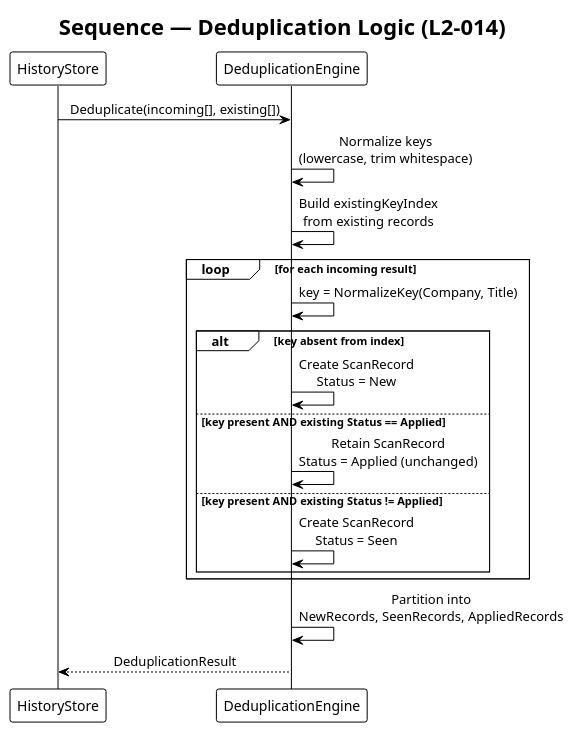
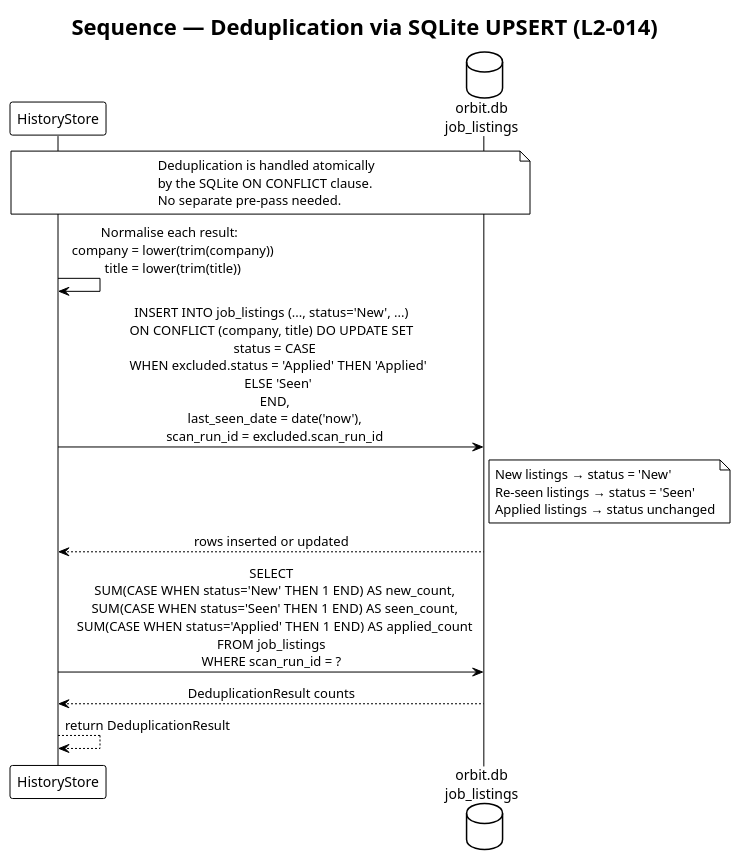
One commit to QuinntyneBrown/Orbit changed the diagram in docs/detailed-designs/06-search-history-and-deduplication/diagrams/sequence_deduplication.puml. Above: the diagram before and after it, drawn with PlantUML. The commit also changed 10 other files, not shown here.

Commit message:
Add config, hooks, templates, package.json, and update diagrams and gitignore

```diff
--- a/docs/detailed-designs/06-search-history-and-deduplication/diagrams/sequence_deduplication.puml
+++ b/docs/detailed-designs/06-search-history-and-deduplication/diagrams/sequence_deduplication.puml
@@ -1,28 +1,33 @@
 @startuml sequence_deduplication
 !theme plain
 skinparam sequenceMessageAlign center
 
-title Sequence — Deduplication Logic (L2-014)
+title Sequence — Deduplication via SQLite UPSERT (L2-014)
 
 participant "HistoryStore" as Store
-participant "DeduplicationEngine" as Dedup
+database "orbit.db\njob_listings" as DB
 
-Store -> Dedup : Deduplicate(incoming[], existing[])
-Dedup -> Dedup : Normalize keys\n(lowercase, trim whitespace)
-Dedup -> Dedup : Build existingKeyIndex\nfrom existing records
+note over Store, DB
+  Deduplication is handled atomically
+  by the SQLite ON CONFLICT clause.
+  No separate pre-pass needed.
+end note
 
-loop for each incoming result
-    Dedup -> Dedup : key = NormalizeKey(Company, Title)
-    alt key absent from index
-        Dedup -> Dedup : Create ScanRecord\nStatus = New
-    else key present AND existing Status == Applied
-        Dedup -> Dedup : Retain ScanRecord\nStatus = Applied (unchanged)
-    else key present AND existing Status != Applied
-        Dedup -> Dedup : Create ScanRecord\nStatus = Seen
-    end
-end
+Store -> Store : Normalise each result:\n  company = lower(trim(company))\n  title = lower(trim(title))
 
-Dedup -> Dedup : Partition into\nNewRecords, SeenRecords, AppliedRecords
-Dedup --> Store : DeduplicationResult
+Store -> DB : INSERT INTO job_listings (..., status='New', ...)\nON CONFLICT (company, title) DO UPDATE SET\n  status = CASE\n    WHEN excluded.status = 'Applied' THEN 'Applied'\n    ELSE 'Seen'\n  END,\n  last_seen_date = date('now'),\n  scan_run_id = excluded.scan_run_id
+
+note right of DB
+  New listings → status = 'New'
+  Re-seen listings → status = 'Seen'
+  Applied listings → status unchanged
+end note
+
+DB --> Store : rows inserted or updated
+
+Store -> DB : SELECT\n  SUM(CASE WHEN status='New' THEN 1 END) AS new_count,\n  SUM(CASE WHEN status='Seen' THEN 1 END) AS seen_count,\n  SUM(CASE WHEN status='Applied' THEN 1 END) AS applied_count\nFROM job_listings\nWHERE scan_run_id = ?
+
+DB --> Store : DeduplicationResult counts
+Store --> Store : return DeduplicationResult
 
 @enduml
```
